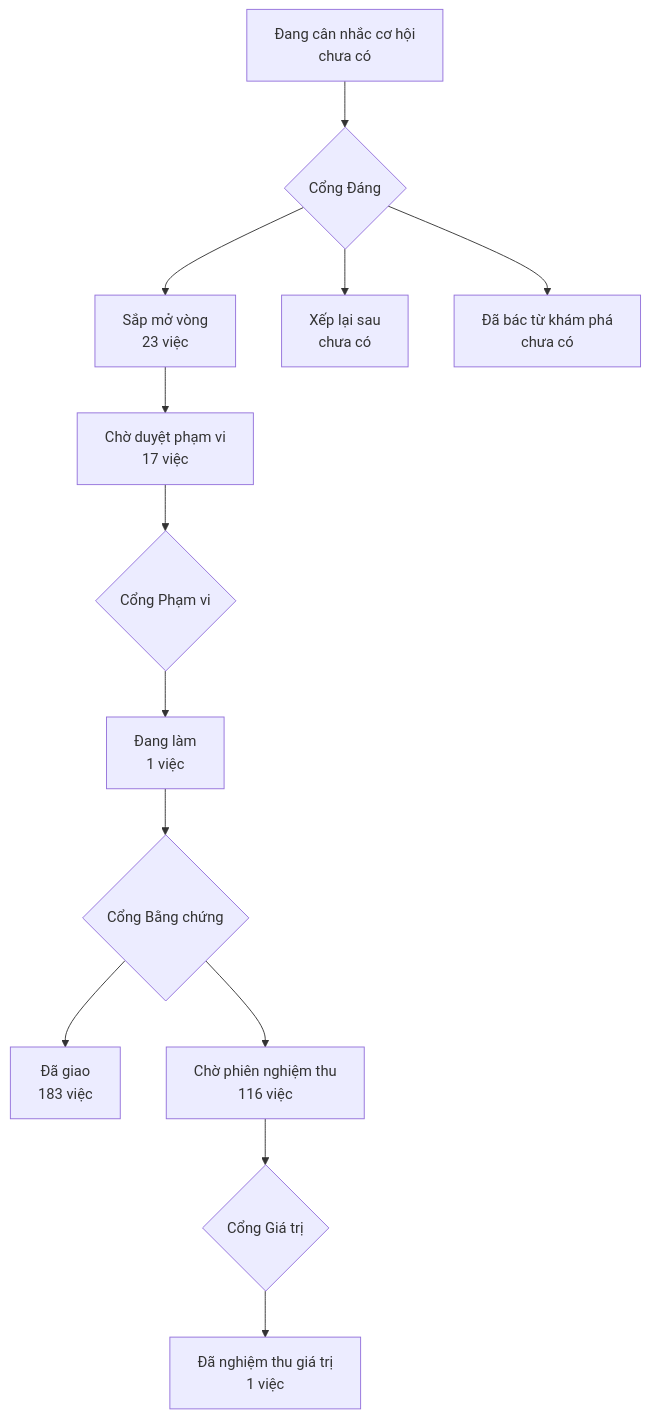
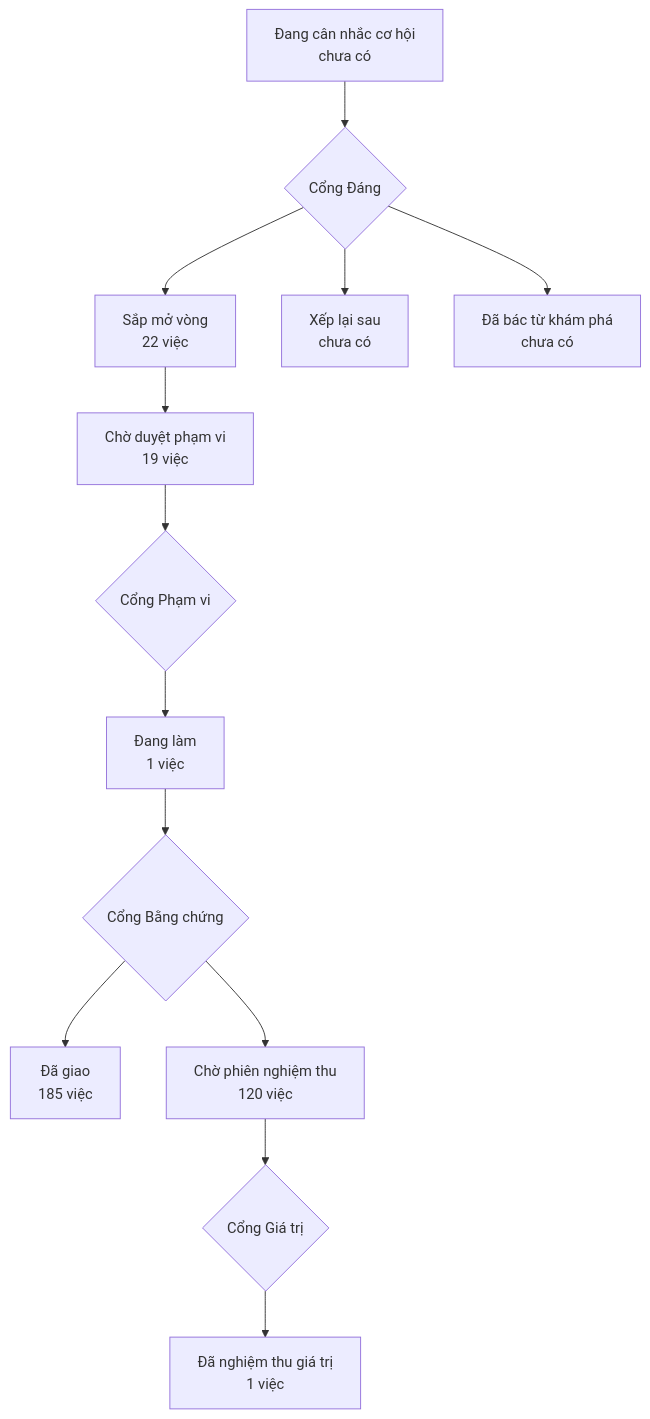
One commit to phanlemanh/onehub-invest changed the diagram in PRODUCT-MAP.md. Above: the diagram before and after it, drawn with Mermaid. The commit also changed other lines of this file and 1 other file, not shown here.

Commit message:
chore(map): sinh lại bản đồ sau khi gộp main 14236e59

````diff
--- a/PRODUCT-MAP.md
+++ b/PRODUCT-MAP.md
@@ -7,12 +7,12 @@
 ```mermaid
 flowchart TD
   A["Đang cân nhắc cơ hội<br/>chưa có"] --> GD{"Cổng Đáng"}
-  GD --> B["Sắp mở vòng<br/>23 việc"]
+  GD --> B["Sắp mở vòng<br/>22 việc"]
   GD --> XL["Xếp lại sau<br/>chưa có"]
   GD --> DB["Đã bác từ khám phá<br/>chưa có"]
-  B --> CD["Chờ duyệt phạm vi<br/>17 việc"] --> GP{"Cổng Phạm vi"}
+  B --> CD["Chờ duyệt phạm vi<br/>19 việc"] --> GP{"Cổng Phạm vi"}
   GP --> DL["Đang làm<br/>1 việc"] --> GB{"Cổng Bằng chứng"}
-  GB --> DG["Đã giao<br/>183 việc"]
-  GB --> CN["Chờ phiên nghiệm thu<br/>116 việc"] --> GG{"Cổng Giá trị"}
+  GB --> DG["Đã giao<br/>185 việc"]
+  GB --> CN["Chờ phiên nghiệm thu<br/>120 việc"] --> GG{"Cổng Giá trị"}
   GG --> NT["Đã nghiệm thu giá trị<br/>1 việc"]
 ```
````
